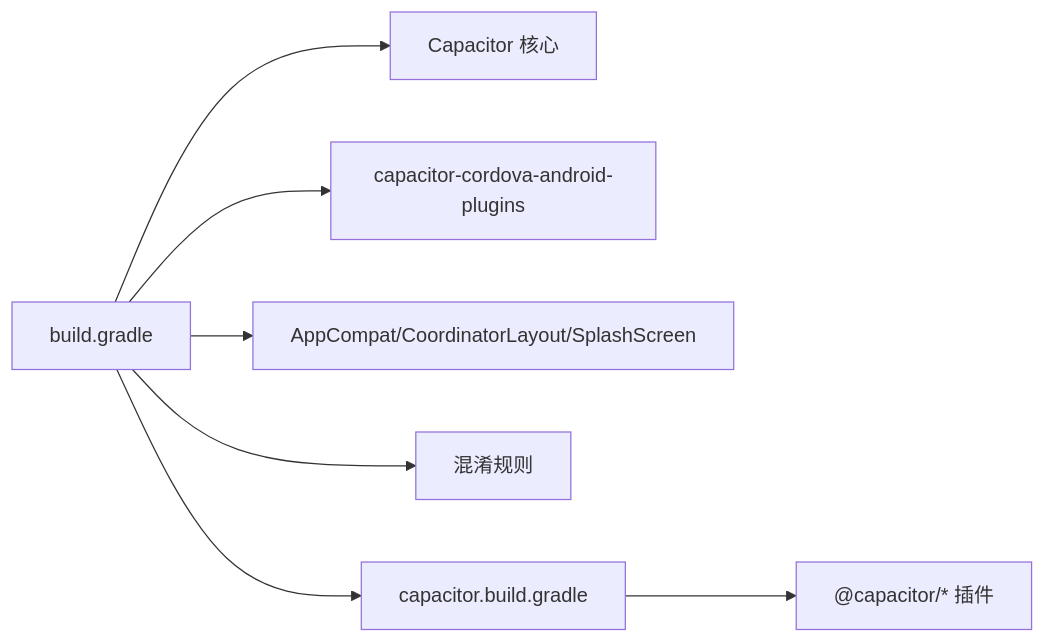
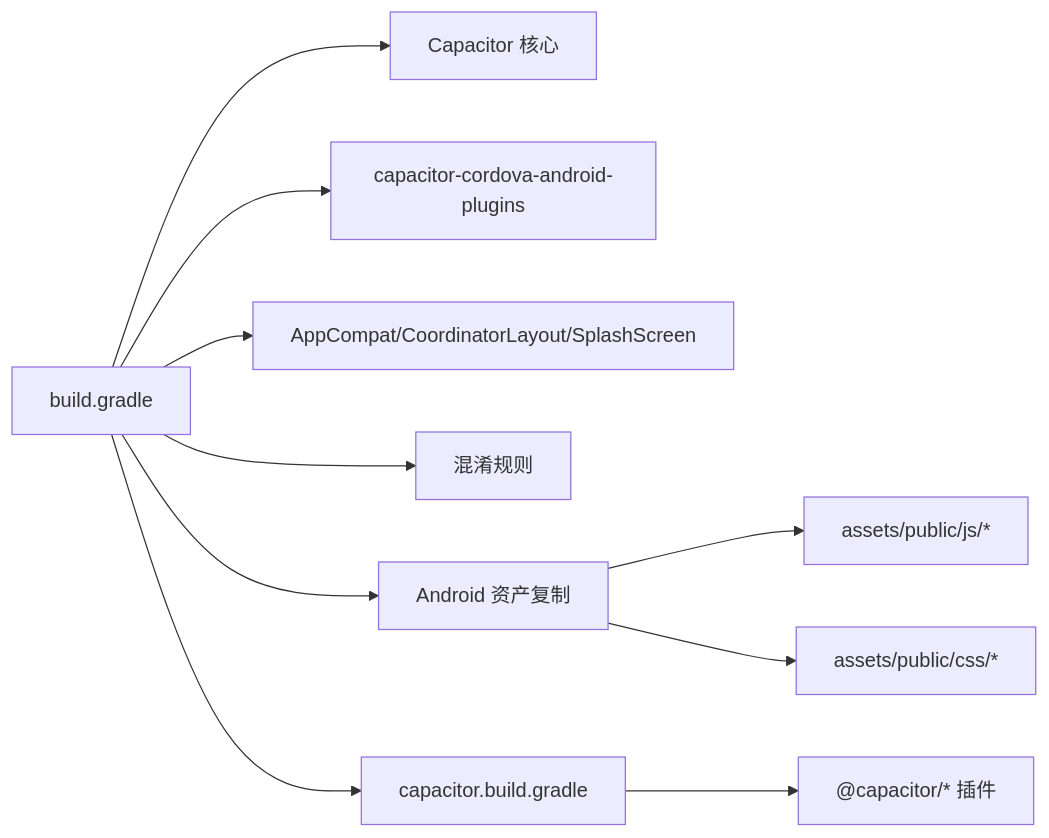
The seventh of 8 diagrams in .qoder/repowiki/zh/content/技术架构/Android平台集成.md (KAGUYA284/anima-list), drawn with Mermaid before and after one commit. The commit also changed other lines of this file and 17 other files, not shown here.

````diff
--- a/.qoder/repowiki/zh/content/技术架构/Android平台集成.md
+++ b/.qoder/repowiki/zh/content/技术架构/Android平台集成.md
@@ -244,9 +278,12 @@
 ```mermaid
 graph LR
 Gradle["build.gradle"] --> Core["Capacitor 核心"]
 Gradle --> Cordova["capacitor-cordova-android-plugins"]
 Gradle --> UI["AppCompat/CoordinatorLayout/SplashScreen"]
 Gradle --> Proguard["混淆规则"]
+Gradle --> Assets["Android 资产复制"]
 CapGradle["capacitor.build.gradle"] --> Plugins["@capacitor/* 插件"]
 Gradle --> CapGradle
+Assets --> JSModules["assets/public/js/*"]
+Assets --> CSSModules["assets/public/css/*"]
 ```
````
